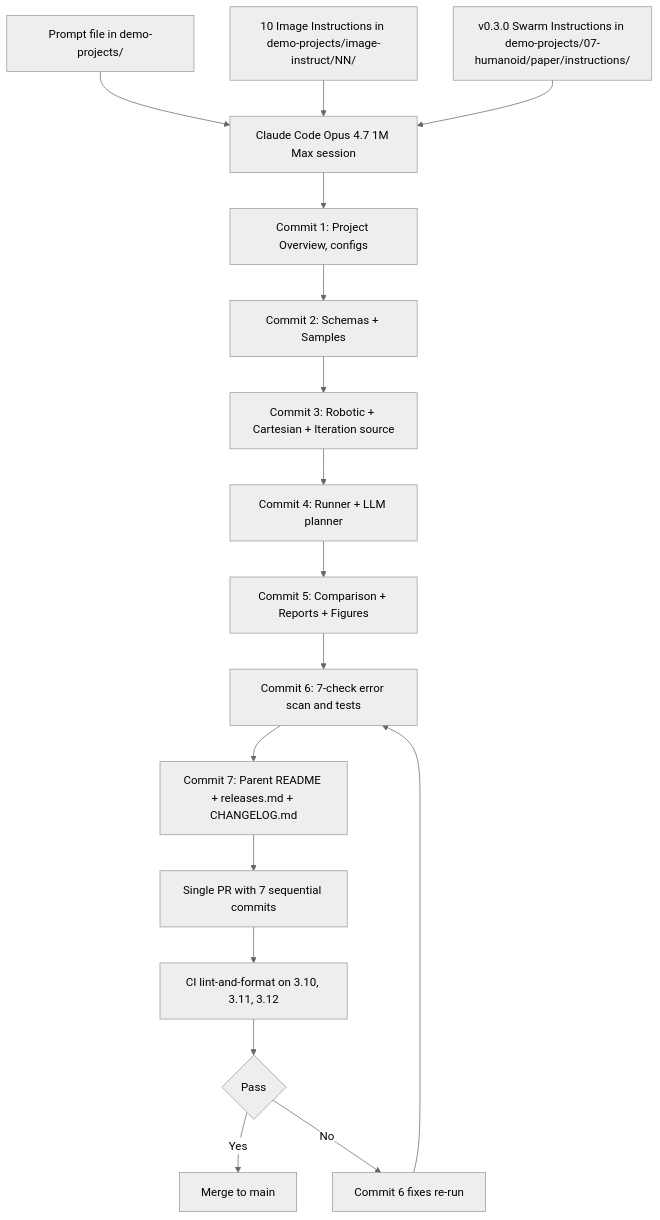
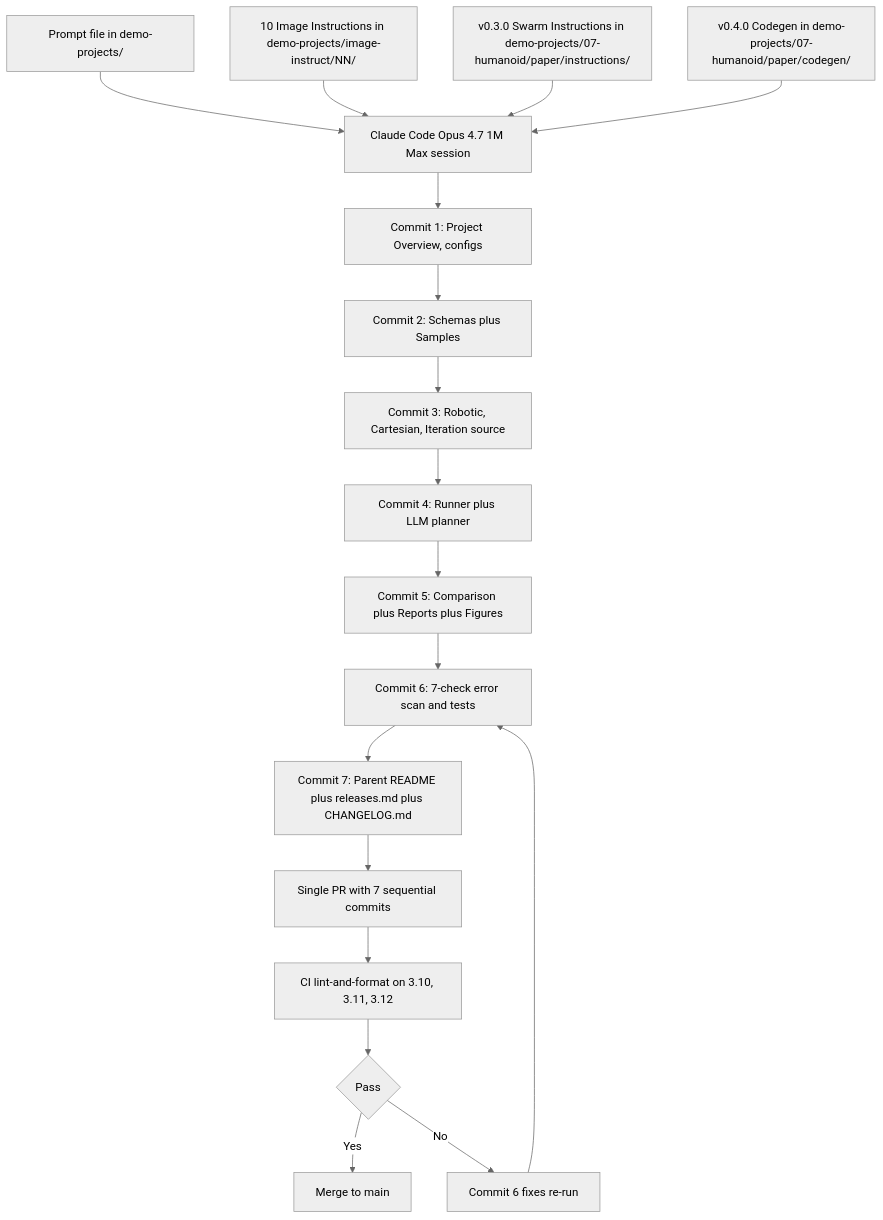
One commit to kevinkawchak/Clinical-AI-Demos changed the second of 2 diagrams in README.md. Above: the diagram before and after it, drawn with Mermaid (neutral theme). The commit also changed other lines of this file, not shown here.

First line of the commit message:
Commit 7 of 7 (v0.4.0): top README updates for v0.4.0 codegen release

````diff
--- a/README.md
+++ b/README.md
@@ -249,19 +231,20 @@
 ```mermaid
 flowchart TB
   P[Prompt file in demo-projects/] --> CC[Claude Code Opus 4.7 1M Max session]
   II[10 Image Instructions in demo-projects/image-instruct/NN/] --> CC
   SW[v0.3.0 Swarm Instructions in demo-projects/07-humanoid/paper/instructions/] --> CC
+  CG[v0.4.0 Codegen in demo-projects/07-humanoid/paper/codegen/] --> CC
   CC --> R1[Commit 1: Project Overview, configs]
-  R1 --> R2[Commit 2: Schemas + Samples]
-  R2 --> R3[Commit 3: Robotic + Cartesian + Iteration source]
-  R3 --> R4[Commit 4: Runner + LLM planner]
-  R4 --> R5[Commit 5: Comparison + Reports + Figures]
+  R1 --> R2[Commit 2: Schemas plus Samples]
+  R2 --> R3[Commit 3: Robotic, Cartesian, Iteration source]
+  R3 --> R4[Commit 4: Runner plus LLM planner]
+  R4 --> R5[Commit 5: Comparison plus Reports plus Figures]
   R5 --> R6[Commit 6: 7-check error scan and tests]
-  R6 --> R7[Commit 7: Parent README + releases.md + CHANGELOG.md]
+  R6 --> R7[Commit 7: Parent README plus releases.md plus CHANGELOG.md]
   R7 --> PR[Single PR with 7 sequential commits]
   PR --> CI[CI lint-and-format on 3.10, 3.11, 3.12]
   CI --> M{Pass}
   M -->|Yes| MR[Merge to main]
   M -->|No| FX[Commit 6 fixes re-run]
   FX --> R6
 ```
````
